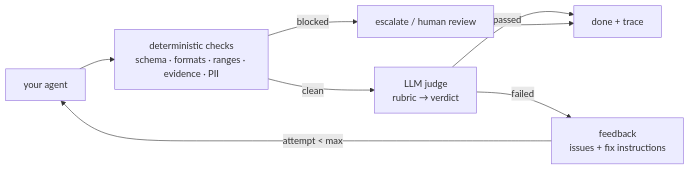
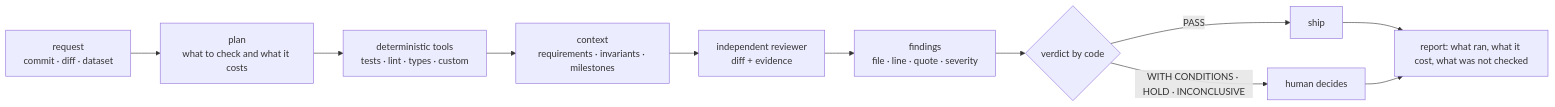
One commit to wizzhomie/pantheon changed the diagram in README.md. Above: the diagram before and after it, drawn with Mermaid. The commit also changed other lines of this file and 4 other files, not shown here.

````diff
--- a/README.md
+++ b/README.md
@@ -52,10 +57,13 @@
 ```mermaid
 flowchart LR
-    A[your agent] --> B[deterministic checks<br/>schema · formats · ranges · evidence · PII]
-    B -->|blocked| E[escalate / human review]
-    B -->|clean| C[LLM judge<br/>rubric → verdict]
-    C -->|failed| D[feedback<br/>issues + fix instructions]
-    D -->|attempt < max| A
-    C -->|passed| Z[done + trace]
-    E --> Z
+    R[request<br/>commit · diff · dataset] --> P[plan<br/>what to check and what it costs]
+    P --> D[deterministic tools<br/>tests · lint · types · custom]
+    D --> C[context<br/>requirements · invariants · milestones]
+    C --> V[independent reviewer<br/>diff + evidence]
+    V --> F[findings<br/>file · line · quote · severity]
+    F --> D2{verdict by code}
+    D2 -->|PASS| OK[ship]
+    D2 -->|WITH CONDITIONS · HOLD · INCONCLUSIVE| HU[human decides]
+    OK --> REP[report: what ran, what it cost, what was not checked]
+    HU --> REP
 ```
````
